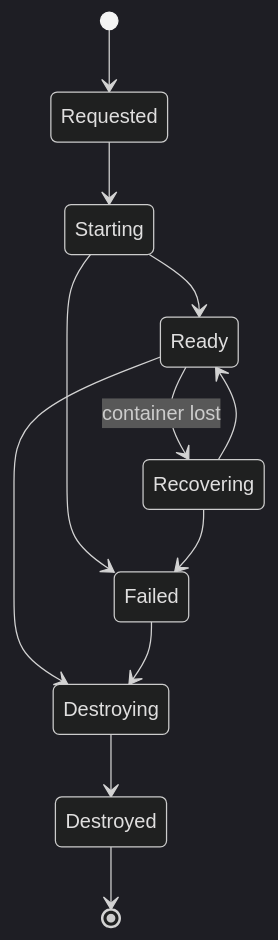
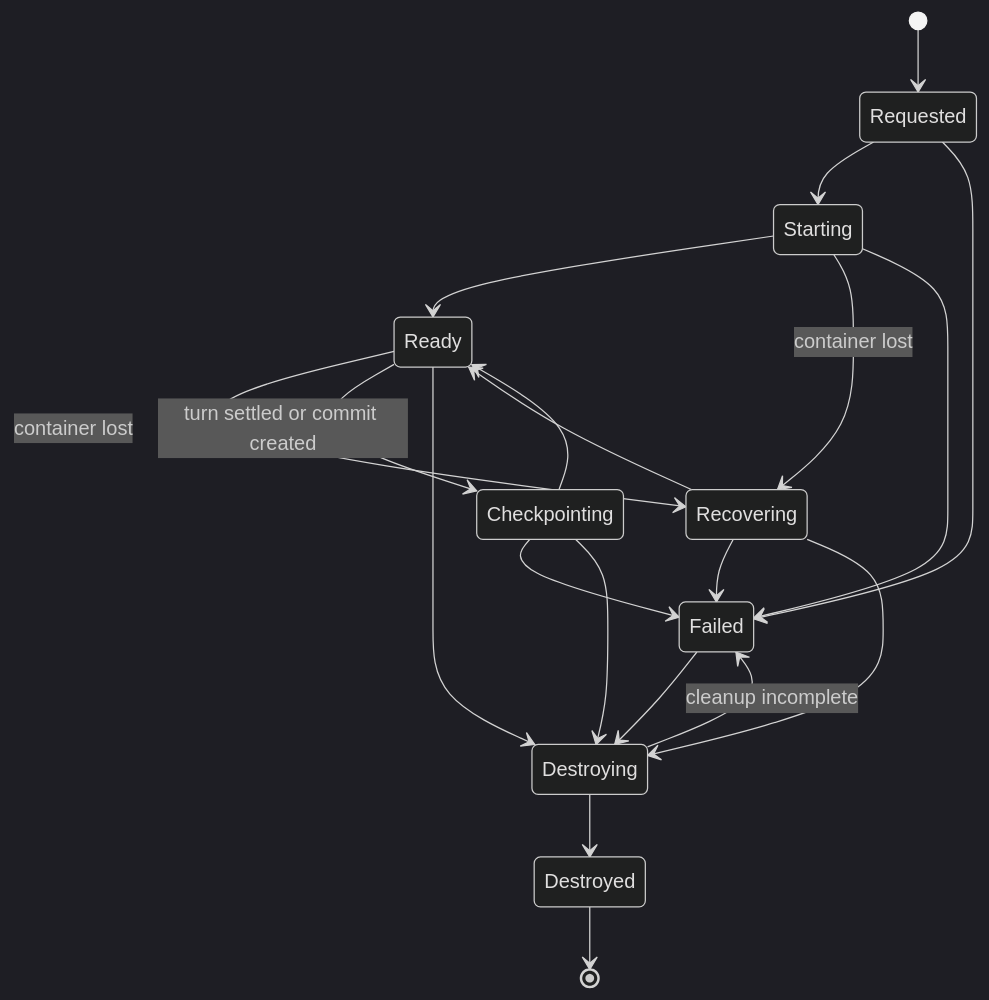
The second of 2 diagrams in design-specs/0003-cloudflare-t3code-environments.md (phibkro/agent-engine), drawn with Mermaid (dark theme) before and after one commit. The commit also changed other lines of this file, not shown here.

````diff
--- a/design-specs/0003-cloudflare-t3code-environments.md
+++ b/design-specs/0003-cloudflare-t3code-environments.md
@@ -105,14 +118,22 @@
 ```mermaid
 stateDiagram-v2
     [*] --> Requested
     Requested --> Starting
+    Requested --> Failed
     Starting --> Ready
+    Starting --> Recovering: container lost
     Starting --> Failed
     Ready --> Recovering: container lost
+    Ready --> Checkpointing: turn settled or commit created
+    Checkpointing --> Ready
+    Checkpointing --> Failed
+    Checkpointing --> Destroying
     Recovering --> Ready
     Recovering --> Failed
     Ready --> Destroying
     Failed --> Destroying
+    Recovering --> Destroying
     Destroying --> Destroyed
+    Destroying --> Failed: cleanup incomplete
     Destroyed --> [*]
 ```
````
